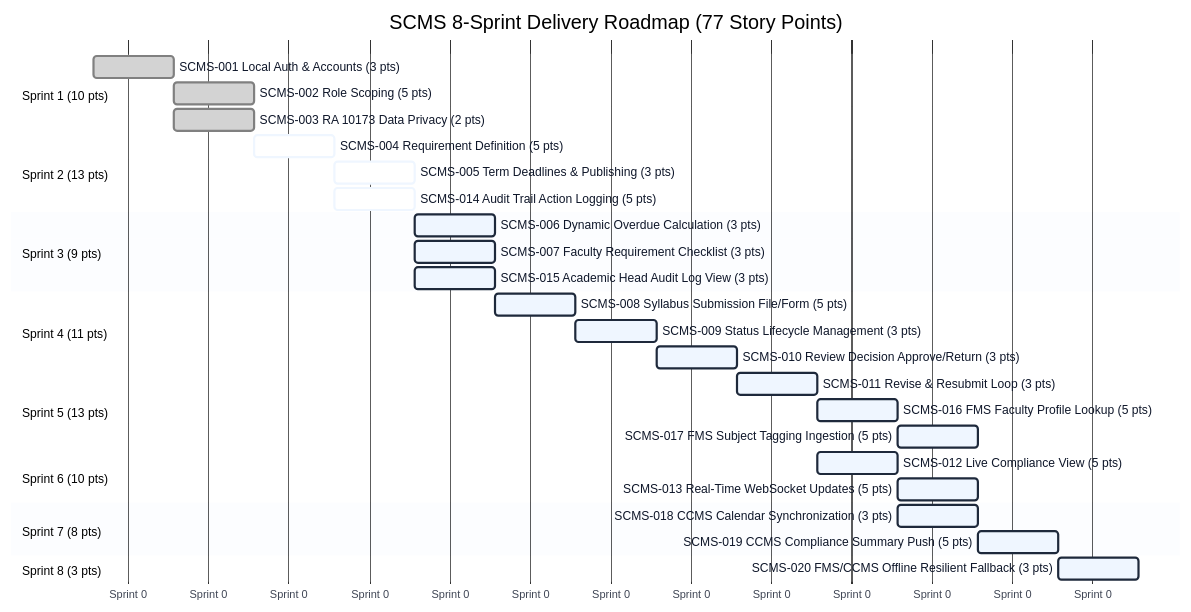
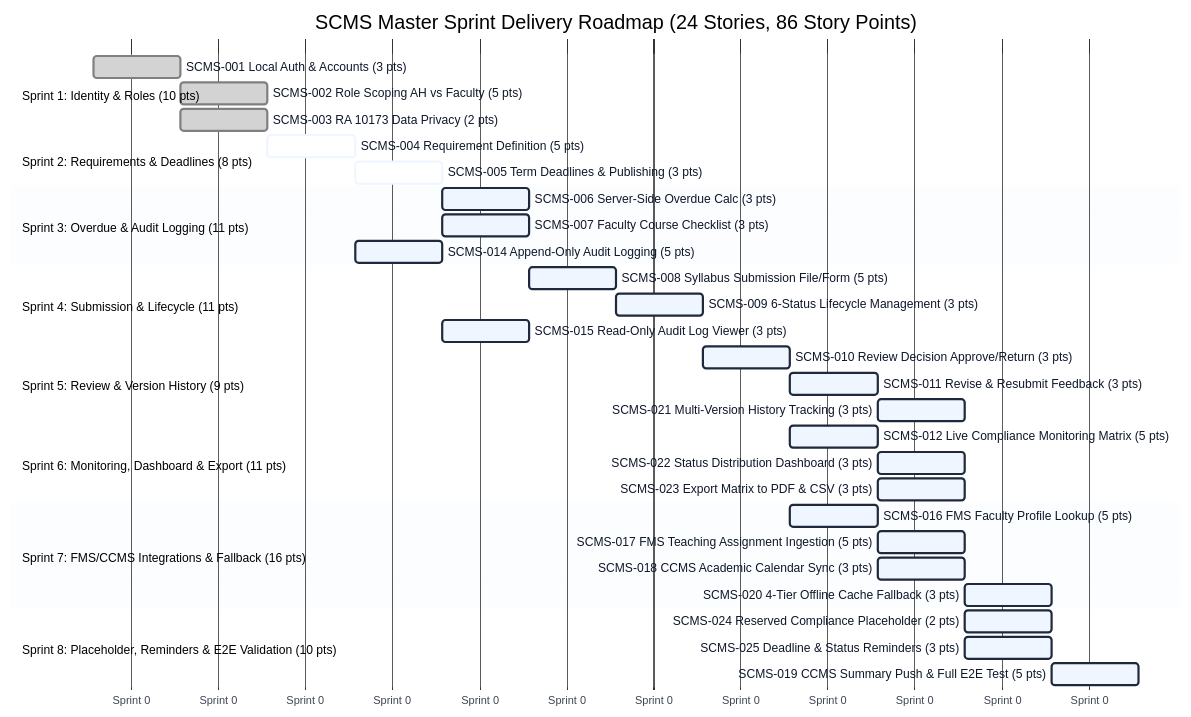
One commit to EducRodTablizo/Capstone-SCMS changed the diagram in docs/product_backlog.md. Above: the diagram before and after it, drawn with Mermaid. The commit also changed other lines of this file and 14 other files, not shown here.

Commit message:
old po and bp to major changes revision for 3 systems, SMS to FMS to CCMS

````diff
--- a/docs/product_backlog.md
+++ b/docs/product_backlog.md
@@ -122,43 +236,47 @@
 ```mermaid
 %%{init: {'theme': 'base', 'themeVariables': { 'darkMode': false, 'background': '#FFFFFF', 'primaryColor': '#EFF6FF', 'primaryTextColor': '#0F172A', 'primaryBorderColor': '#1E293B', 'lineColor': '#0284C7' }}}%%
 gantt
     dateFormat  YYYY-MM-DD
-    title SCMS 8-Sprint Delivery Roadmap (77 Story Points)
+    title SCMS Master Sprint Delivery Roadmap (24 Stories, 86 Story Points)
     axisFormat  Sprint %w
 
-    section Sprint 1 (10 pts)
+    section Sprint 1: Identity & Roles (10 pts)
     SCMS-001 Local Auth & Accounts (3 pts)         :done, s1_1, 2026-10-15, 7d
-    SCMS-002 Role Scoping (5 pts)                  :done, s1_2, after s1_1, 7d
+    SCMS-002 Role Scoping AH vs Faculty (5 pts)   :done, s1_2, after s1_1, 7d
     SCMS-003 RA 10173 Data Privacy (2 pts)         :done, s1_3, after s1_1, 7d
 
-    section Sprint 2 (13 pts)
+    section Sprint 2: Requirements & Deadlines (8 pts)
     SCMS-004 Requirement Definition (5 pts)        :active, s2_1, after s1_2, 7d
     SCMS-005 Term Deadlines & Publishing (3 pts)   :active, s2_2, after s2_1, 7d
-    SCMS-014 Audit Trail Action Logging (5 pts)    :active, s2_3, after s2_1, 7d
 
-    section Sprint 3 (9 pts)
-    SCMS-006 Dynamic Overdue Calculation (3 pts)   :s3_1, after s2_2, 7d
-    SCMS-007 Faculty Requirement Checklist (3 pts) :s3_2, after s2_2, 7d
-    SCMS-015 Academic Head Audit Log View (3 pts)  :s3_3, after s2_3, 7d
+    section Sprint 3: Overdue & Audit Logging (11 pts)
+    SCMS-006 Server-Side Overdue Calc (3 pts)      :s3_1, after s2_2, 7d
+    SCMS-007 Faculty Course Checklist (3 pts)      :s3_2, after s2_2, 7d
+    SCMS-014 Append-Only Audit Logging (5 pts)     :s3_3, after s2_1, 7d
 
-    section Sprint 4 (11 pts)
+    section Sprint 4: Submission & Lifecycle (11 pts)
     SCMS-008 Syllabus Submission File/Form (5 pts) :s4_1, after s3_2, 7d
-    SCMS-009 Status Lifecycle Management (3 pts)   :s4_2, after s4_1, 7d
-    SCMS-010 Review Decision Approve/Return (3 pts):s4_3, after s4_2, 7d
+    SCMS-009 6-Status Lifecycle Management (3 pts) :s4_2, after s4_1, 7d
+    SCMS-015 Read-Only Audit Log Viewer (3 pts)    :s4_3, after s3_3, 7d
 
-    section Sprint 5 (13 pts)
-    SCMS-011 Revise & Resubmit Loop (3 pts)        :s5_1, after s4_3, 7d
-    SCMS-016 FMS Faculty Profile Lookup (5 pts)    :s5_2, after s5_1, 7d
-    SCMS-017 FMS Subject Tagging Ingestion (5 pts) :s5_3, after s5_2, 7d
+    section Sprint 5: Review & Version History (9 pts)
+    SCMS-010 Review Decision Approve/Return (3 pts):s5_1, after s4_2, 7d
+    SCMS-011 Revise & Resubmit Feedback (3 pts)    :s5_2, after s5_1, 7d
+    SCMS-021 Multi-Version History Tracking (3 pts):s5_3, after s5_2, 7d
 
-    section Sprint 6 (10 pts)
-    SCMS-012 Live Compliance View (5 pts)          :s6_1, after s5_1, 7d
-    SCMS-013 Real-Time WebSocket Updates (5 pts)   :s6_2, after s6_1, 7d
+    section Sprint 6: Monitoring, Dashboard & Export (11 pts)
+    SCMS-012 Live Compliance Monitoring Matrix (5 pts):s6_1, after s5_1, 7d
+    SCMS-022 Status Distribution Dashboard (3 pts)    :s6_2, after s6_1, 7d
+    SCMS-023 Export Matrix to PDF & CSV (3 pts)       :s6_3, after s6_1, 7d
 
-    section Sprint 7 (8 pts)
-    SCMS-018 CCMS Calendar Synchronization (3 pts) :s7_1, after s6_1, 7d
-    SCMS-019 CCMS Compliance Summary Push (5 pts)  :s7_2, after s6_2, 7d
+    section Sprint 7: FMS/CCMS Integrations & Fallback (16 pts)
+    SCMS-016 FMS Faculty Profile Lookup (5 pts)    :s7_1, after s5_1, 7d
+    SCMS-017 FMS Teaching Assignment Ingestion (5 pts):s7_2, after s7_1, 7d
+    SCMS-018 CCMS Academic Calendar Sync (3 pts)   :s7_3, after s6_1, 7d
+    SCMS-020 4-Tier Offline Cache Fallback (3 pts) :s7_4, after s7_2, 7d
 
-    section Sprint 8 (3 pts)
-    SCMS-020 FMS/CCMS Offline Resilient Fallback (3 pts):s8_1, after s7_2, 7d
+    section Sprint 8: Placeholder, Reminders & E2E Validation (10 pts)
+    SCMS-024 Reserved Compliance Placeholder (2 pts):s8_1, after s6_2, 7d
+    SCMS-025 Deadline & Status Reminders (3 pts)    :s8_2, after s7_3, 7d
+    SCMS-019 CCMS Summary Push & Full E2E Test (5 pts):s8_3, after s7_4, 7d
 ```
````
